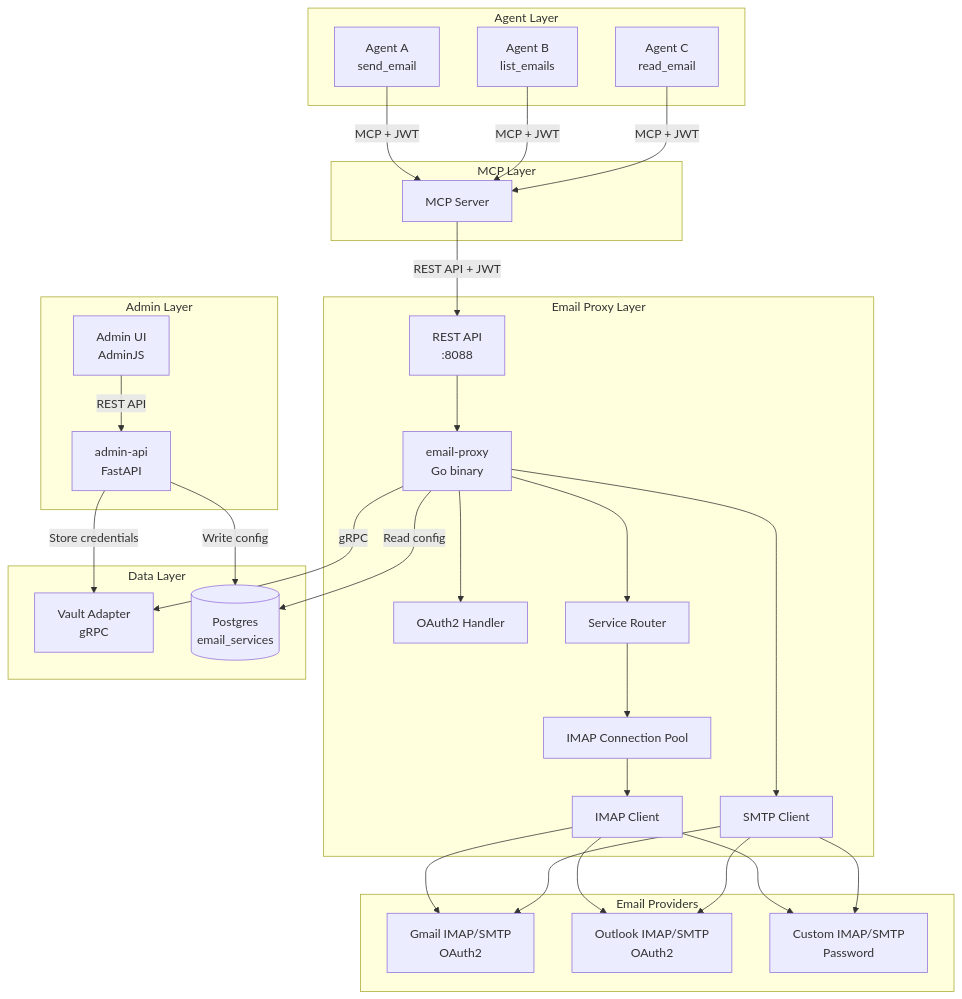
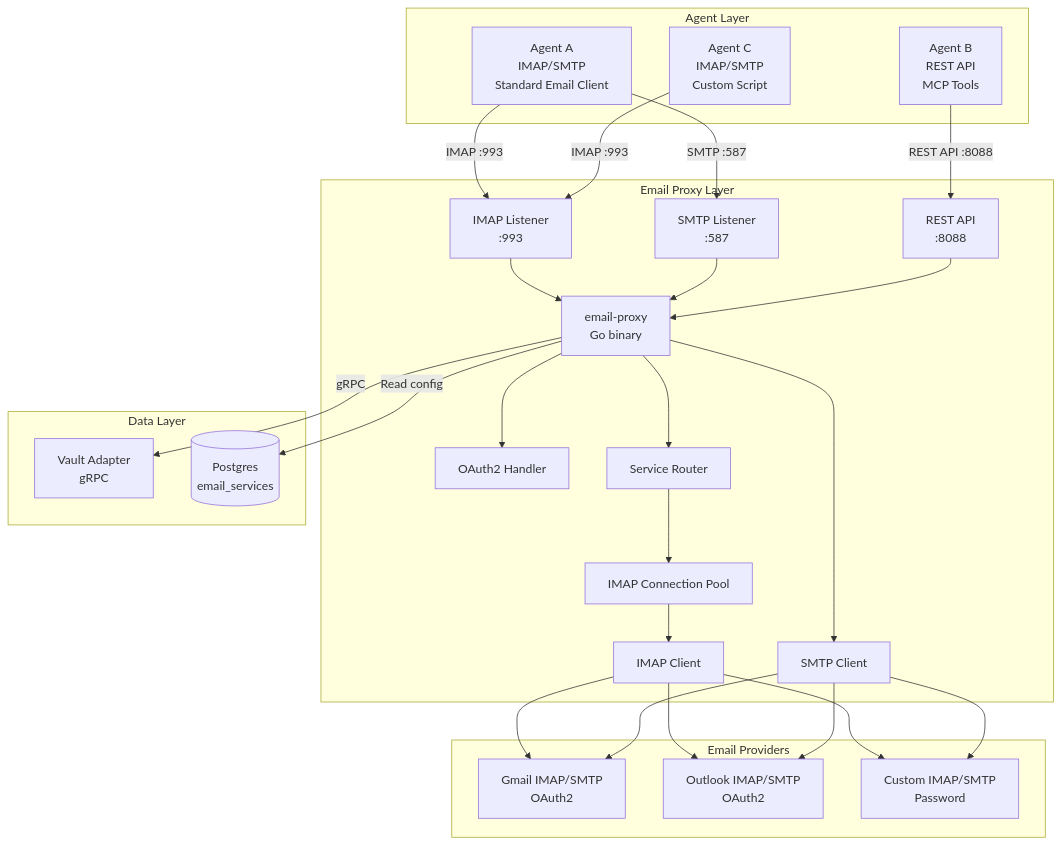
One commit to WeLikeCode/mintkey changed the first of 4 diagrams in .kiro/specs/email-proxy/design.md. Above: the diagram before and after it, drawn with Mermaid. The commit also changed other lines of this file and 3 other files, not shown here.

First line of the commit message:
docs(email-proxy): update to hybrid approach (transparent protocol + REST API)

````diff
--- a/.kiro/specs/email-proxy/design.md
+++ b/.kiro/specs/email-proxy/design.md
@@ -10,61 +10,52 @@
 ```mermaid
 graph TB
     subgraph "Agent Layer"
-        A1[Agent A<br/>send_email]
-        A2[Agent B<br/>list_emails]
-        A3[Agent C<br/>read_email]
-    end
-    
-    subgraph "MCP Layer"
-        MCP[MCP Server]
+        A1[Agent A<br/>IMAP/SMTP<br/>Standard Email Client]
+        A2[Agent B<br/>REST API<br/>MCP Tools]
+        A3[Agent C<br/>IMAP/SMTP<br/>Custom Script]
     end
     
     subgraph "Email Proxy Layer"
         EP[email-proxy<br/>Go binary]
-        API[REST API<br/>:8088]
+        IMAP[IMAP Listener<br/>:993]
+        SMTP[SMTP Listener<br/>:587]
+        REST[REST API<br/>:8088]
         Pool[IMAP Connection Pool]
-        IMAP[IMAP Client]
-        SMTP[SMTP Client]
+        IMAPClient[IMAP Client]
+        SMTPClient[SMTP Client]
         OAuth[OAuth2 Handler]
         Router[Service Router]
     end
     
     subgraph "Data Layer"
         VA[Vault Adapter<br/>gRPC]
         PG[(Postgres<br/>email_services)]
     end
     
     subgraph "Email Providers"
         Gmail[Gmail IMAP/SMTP<br/>OAuth2]
         Outlook[Outlook IMAP/SMTP<br/>OAuth2]
         Custom[Custom IMAP/SMTP<br/>Password]
     end
     
-    subgraph "Admin Layer"
-        AdminUI[Admin UI<br/>AdminJS]
-        AdminAPI[admin-api<br/>FastAPI]
-    end
-    
-    A1 -->|MCP + JWT| MCP
-    A2 -->|MCP + JWT| MCP
-    A3 -->|MCP + JWT| MCP
-    MCP -->|REST API + JWT| API
-    API --> EP
+    A1 -->|IMAP :993| IMAP
+    A1 -->|SMTP :587| SMTP
+    A2 -->|REST API :8088| REST
+    A3 -->|IMAP :993| IMAP
+    IMAP --> EP
+    SMTP --> EP
+    REST --> EP
     EP --> Router
     Router --> Pool
-    Pool --> IMAP
-    EP --> SMTP
+    Pool --> IMAPClient
+    EP --> SMTPClient
     EP --> OAuth
     EP -->|gRPC| VA
     EP -->|Read config| PG
-    IMAP --> Gmail
-    IMAP --> Outlook
-    IMAP --> Custom
-    SMTP --> Gmail
-    SMTP --> Outlook
-    SMTP --> Custom
-    
-    AdminUI -->|REST API| AdminAPI
-    AdminAPI -->|Write config| PG
-    AdminAPI -->|Store credentials| VA
+    IMAPClient --> Gmail
+    IMAPClient --> Outlook
+    IMAPClient --> Custom
+    SMTPClient --> Gmail
+    SMTPClient --> Outlook
+    SMTPClient --> Custom
 ```
````
